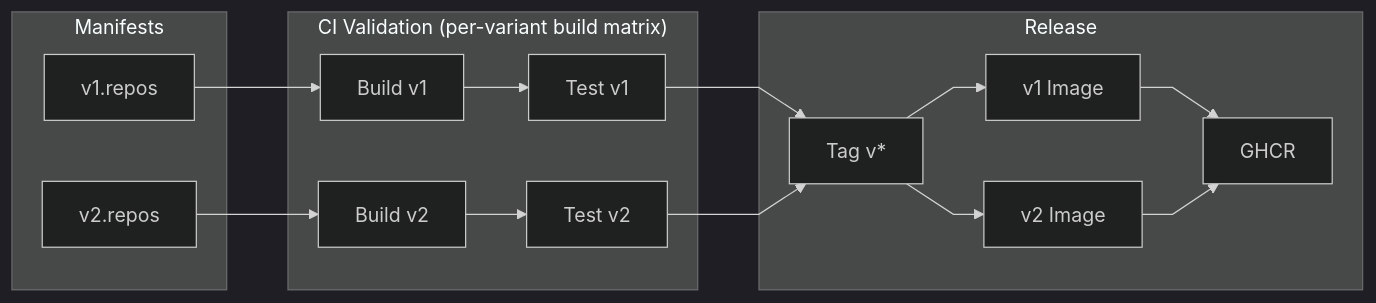
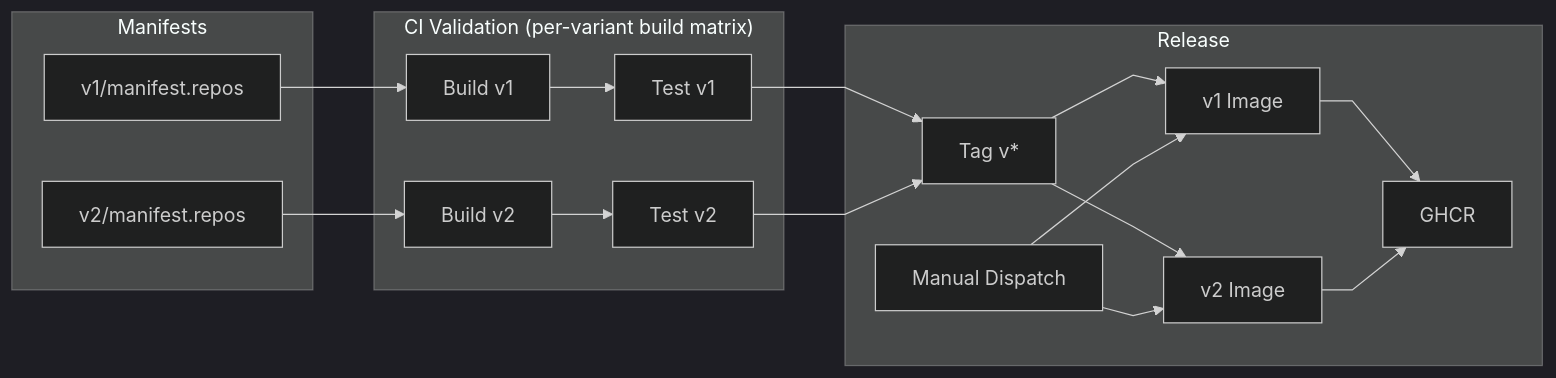
Before and after one commit to calebjakemossey/product-manifest: the diagram in README.md, drawn with Mermaid. The commit also changed other lines of this file and 8 other files, not shown here.

````diff
--- a/README.md
+++ b/README.md
@@ -7,29 +7,32 @@
 ```mermaid
 %%{init: {'theme': 'dark', 'flowchart': {'curve': 'linear'}}}%%
 flowchart LR
     subgraph Manifests
-        V1[v1.repos]
-        V2[v2.repos]
+        V1[v1/manifest.repos]
+        V2[v2/manifest.repos]
     end
 
     subgraph CI["CI Validation (per-variant build matrix)"]
         B1[Build v1]
         B2[Build v2]
         T1[Test v1]
         T2[Test v2]
     end
 
     subgraph Release
         TAG[Tag v*]
+        MANUAL[Manual Dispatch]
         IMG1[v1 Image]
         IMG2[v2 Image]
         GHCR[GHCR]
     end
 
     V1 --> B1 --> T1
     V2 --> B2 --> T2
     T1 --> TAG
     T2 --> TAG
     TAG --> IMG1 --> GHCR
     TAG --> IMG2 --> GHCR
+    MANUAL --> IMG1
+    MANUAL --> IMG2
 ```
````
